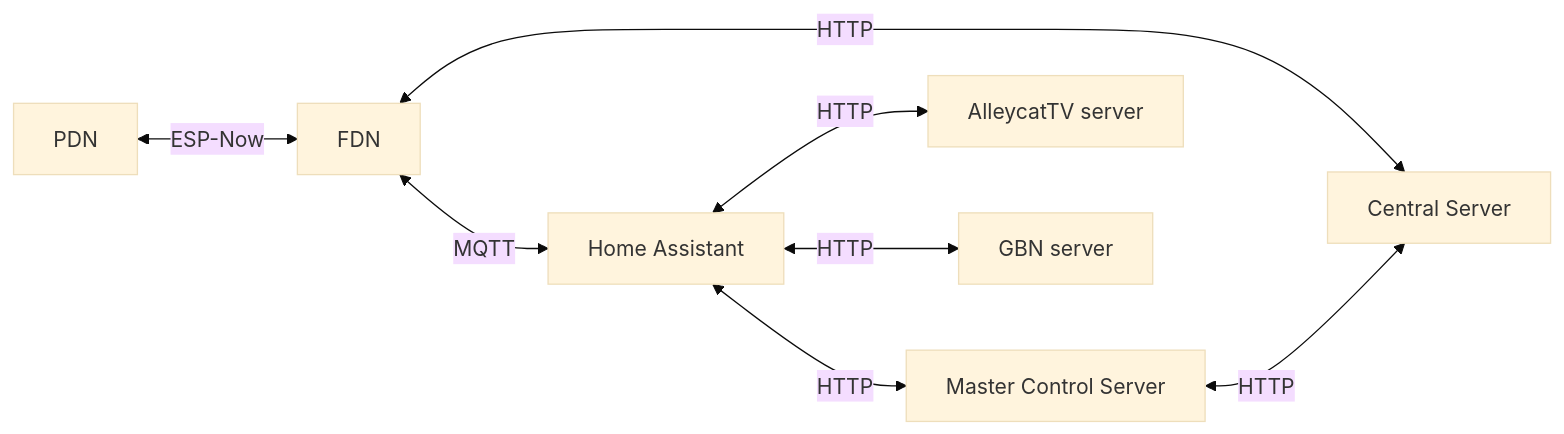
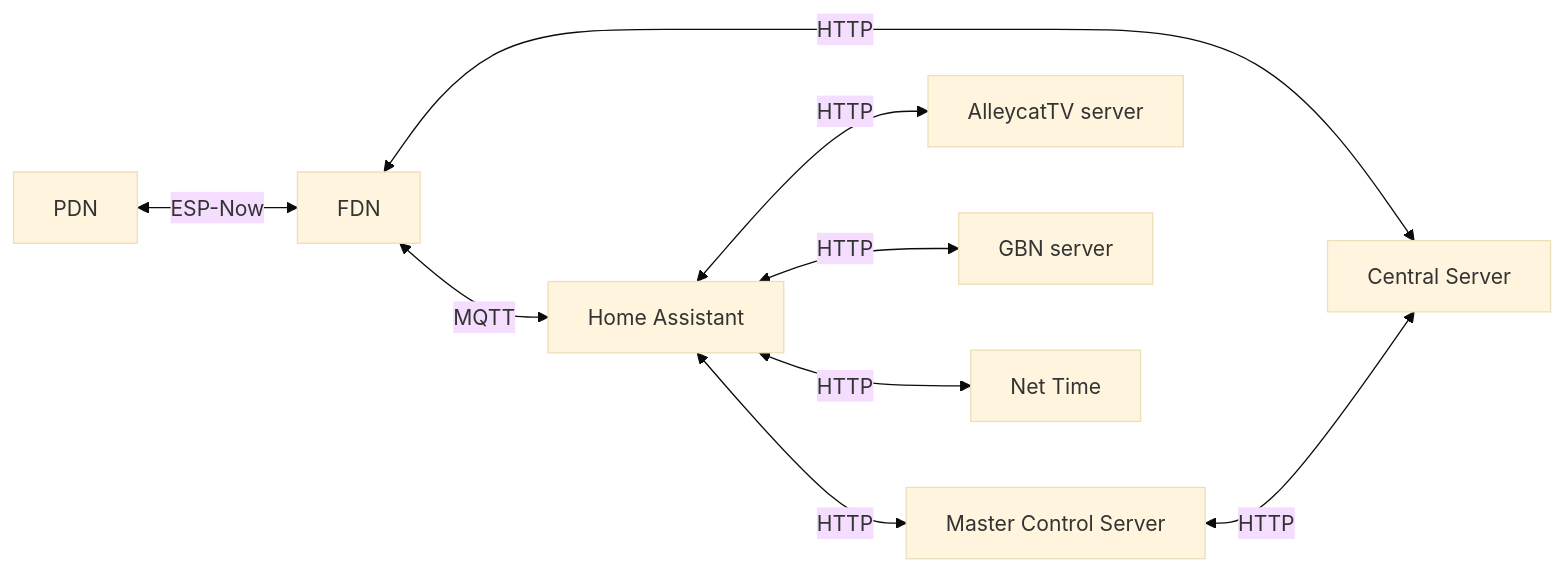
One commit to alleycatassetacquisitions/MissionControl-Recoded changed the diagram in Docs/Design Principles.md. Above: the diagram before and after it, drawn with Mermaid (base theme). The commit also changed other lines of this file and 35 other files, not shown here.

First line of the commit message:
Add Net Time integration to Core Configurator

````diff
--- a/Docs/Design Principles.md
+++ b/Docs/Design Principles.md
@@ -75,10 +75,11 @@
 ```mermaid
 flowchart LR
     PDN <-->|ESP-Now| FDN
     FDN <-->|HTTP| CS[Central Server]
     FDN <-->|MQTT| HA[Home Assistant]
     HA <-->|HTTP| MCS[Master Control Server]
     MCS <-->|HTTP| CS
     HA <-->|HTTP| TV[AlleycatTV server]
     HA <-->|HTTP| GBN[GBN server]
+    HA <-->|HTTP| NetTime[Net Time]
 ```
````
